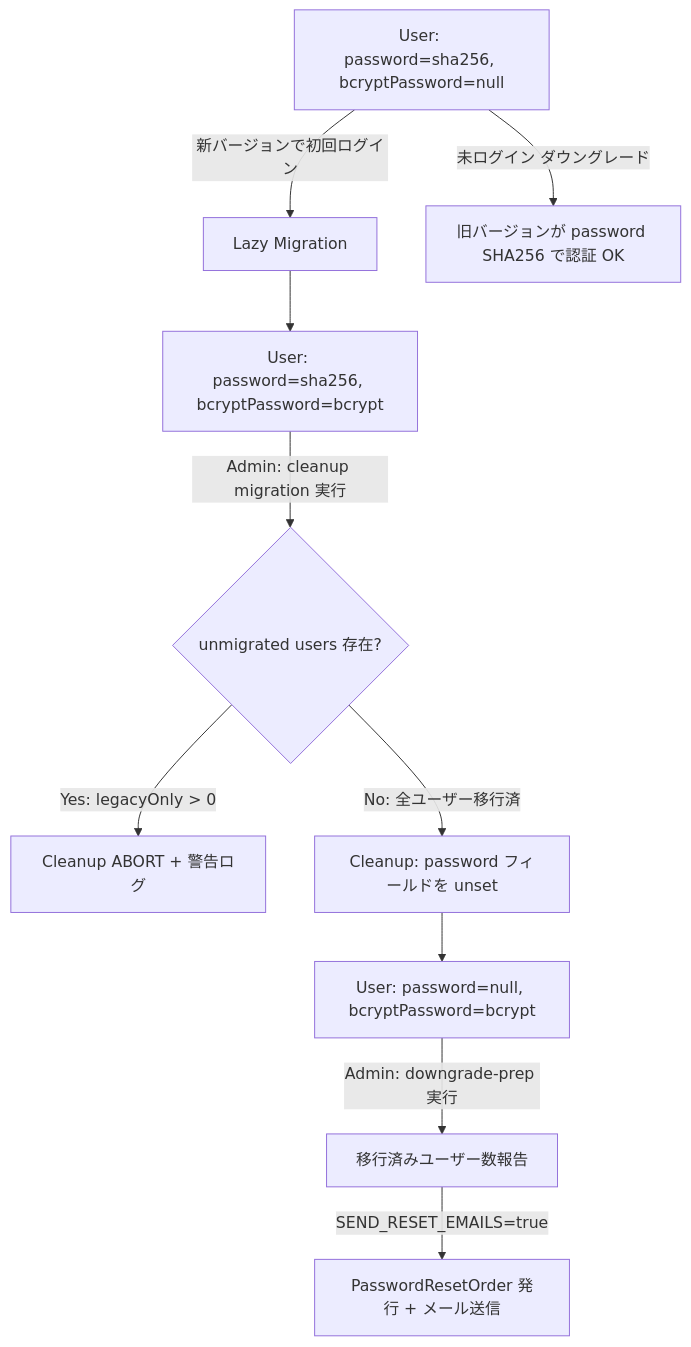
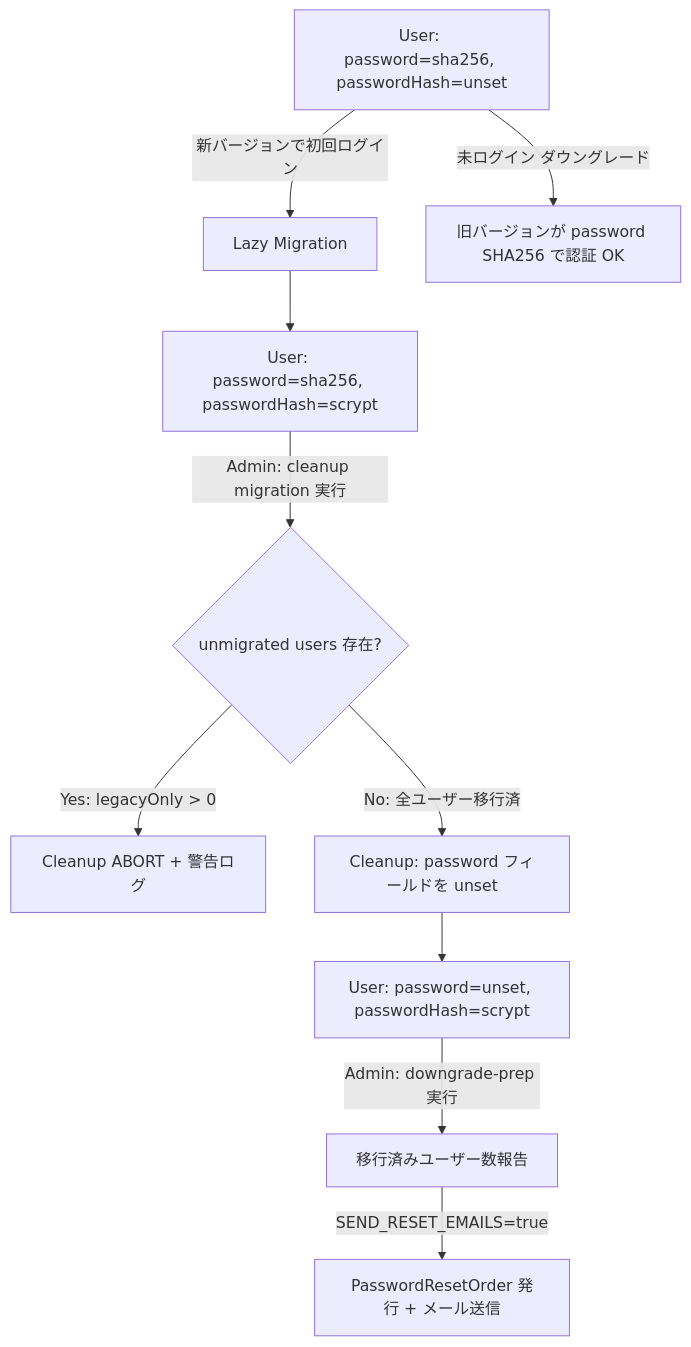
Before and after one commit to growilabs/growi: the third of 4 diagrams in .kiro/specs/password-hash-upgrade/design.md, drawn with Mermaid. The commit also changed other lines of this file and 4 other files, not shown here.

````diff
--- a/.kiro/specs/password-hash-upgrade/design.md
+++ b/.kiro/specs/password-hash-upgrade/design.md
@@ -235,12 +235,12 @@
 ```mermaid
 flowchart TD
-    A[User: password=sha256, bcryptPassword=null] -->|新バージョンで初回ログイン| B[Lazy Migration]
-    B --> C[User: password=sha256, bcryptPassword=bcrypt]
+    A[User: password=sha256, passwordHash=unset] -->|新バージョンで初回ログイン| B[Lazy Migration]
+    B --> C[User: password=sha256, passwordHash=scrypt]
     C -->|Admin: cleanup migration 実行| D{unmigrated users 存在?}
     D -->|Yes: legacyOnly > 0| E[Cleanup ABORT + 警告ログ]
     D -->|No: 全ユーザー移行済| F[Cleanup: password フィールドを unset]
-    F --> G[User: password=null, bcryptPassword=bcrypt]
+    F --> G[User: password=unset, passwordHash=scrypt]
     G -->|Admin: downgrade-prep 実行| H[移行済みユーザー数報告]
     H -->|SEND_RESET_EMAILS=true| I[PasswordResetOrder 発行 + メール送信]
     A -->|未ログイン ダウングレード| A2[旧バージョンが password SHA256 で認証 OK]
 ```
````
